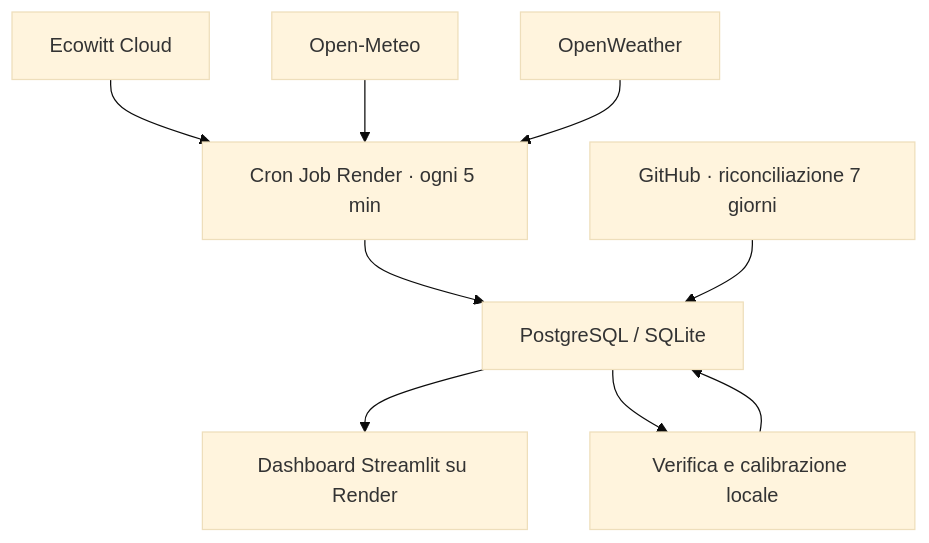
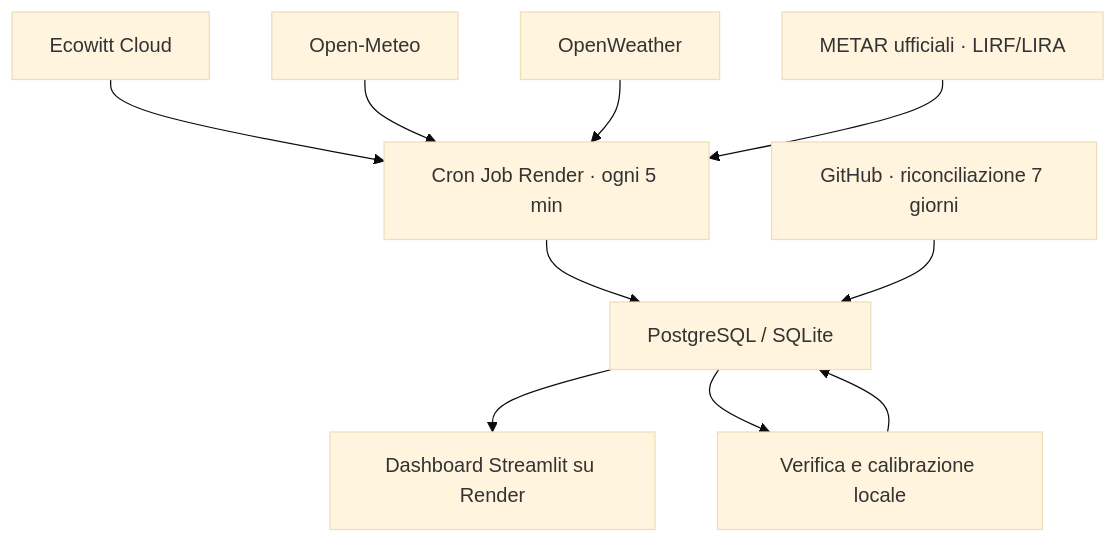
The diagram in README.md (gio9772rm/weather-app), drawn with Mermaid (base theme) before and after one commit. The commit also changed other lines of this file and 15 other files, not shown here.

````diff
--- a/README.md
+++ b/README.md
@@ -22,11 +23,12 @@
 ```mermaid
 flowchart TD
   E["Ecowitt Cloud"] --> P["Cron Job Render · ogni 5 min"]
   OM["Open-Meteo"] --> P
   OW["OpenWeather"] --> P
+  METAR["METAR ufficiali · LIRF/LIRA"] --> P
   P --> DB["PostgreSQL / SQLite"]
   GH["GitHub · riconciliazione 7 giorni"] --> DB
   DB --> UI["Dashboard Streamlit su Render"]
   DB --> Q["Verifica e calibrazione locale"]
   Q --> DB
 ```
````
